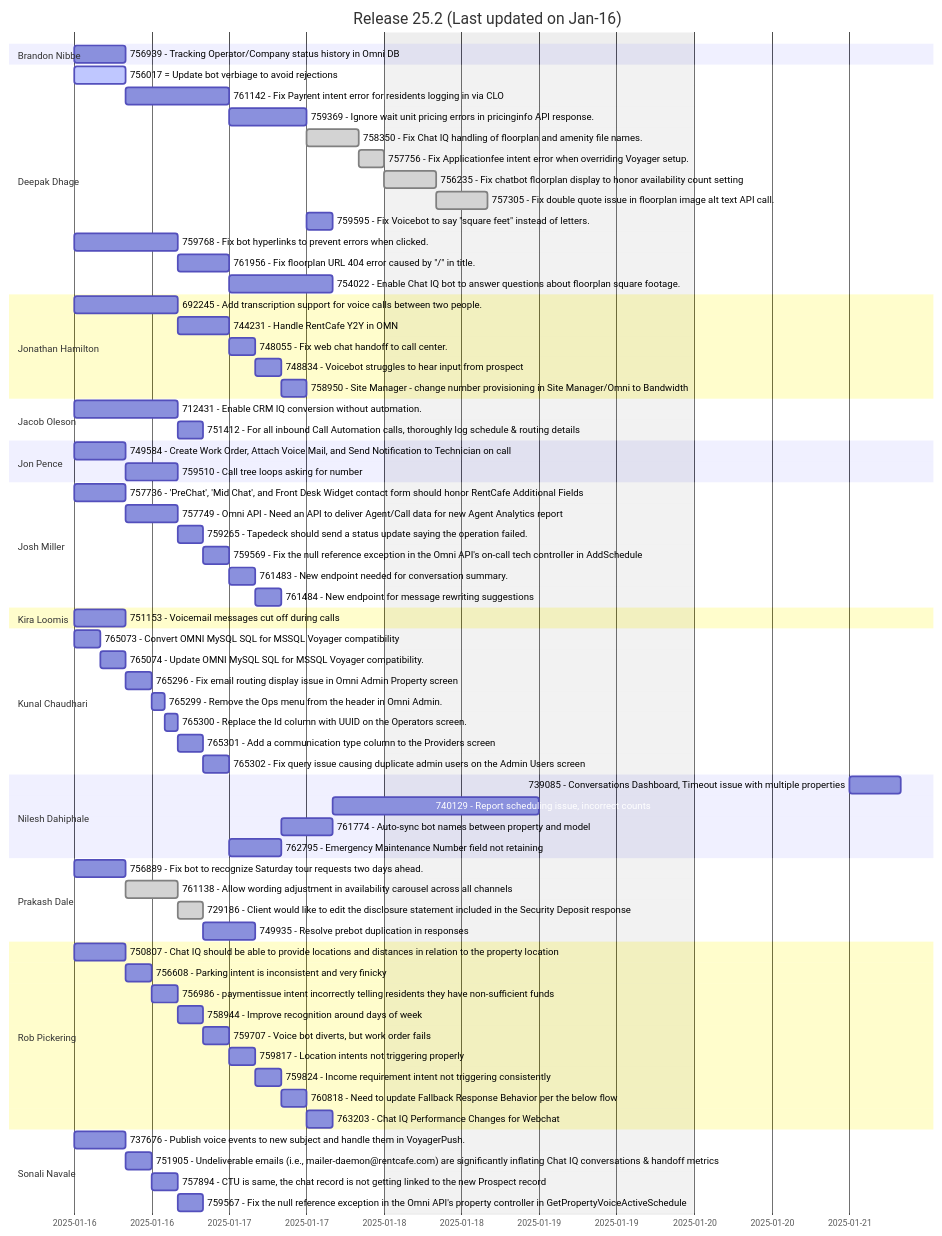
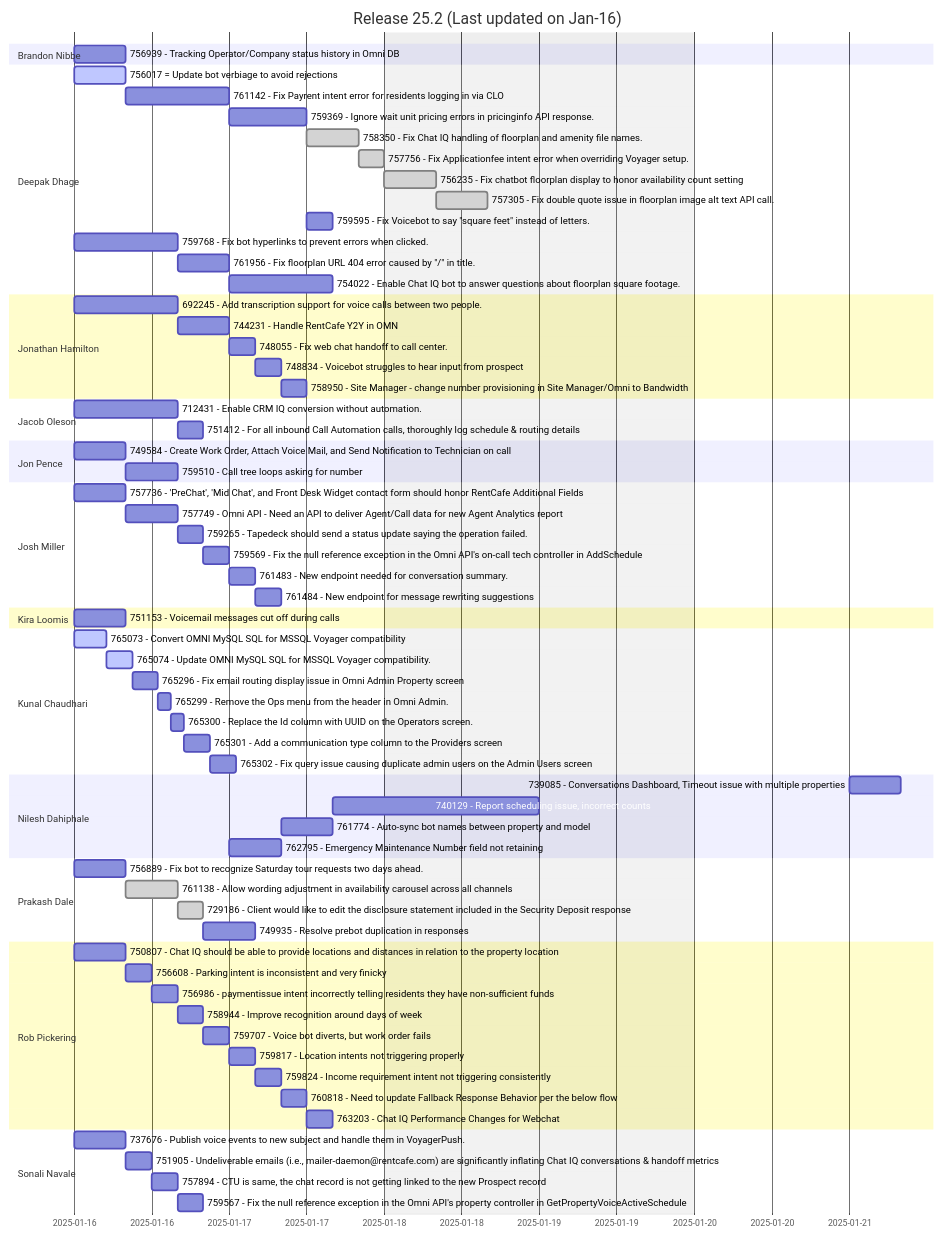
The diagram in README.md (prakash-dale/prakash-dale.github.io), drawn with Mermaid before and after one commit.

```diff
--- a/README.md
+++ b/README.md
@@ -52,8 +52,8 @@
         751153 - Voicemail messages cut off during calls : 751153, Jan-16, 8h
 
     section Kunal Chaudhari
-        765073 - Convert OMNI MySQL SQL for MSSQL Voyager compatibility         : 765073, Jan-16, 4h
-        765074 - Update OMNI MySQL SQL for MSSQL Voyager compatibility.         : 765074, after 765073, 4h
+        765073 - Convert OMNI MySQL SQL for MSSQL Voyager compatibility         : active, 765073, Jan-16, 5h
+        765074 - Update OMNI MySQL SQL for MSSQL Voyager compatibility.         : active, 765074, after 765073, 4h
         765296 - Fix email routing display issue in Omni Admin Property screen  : 765296, after 765074, 4h
         765299 - Remove the Ops menu from the header in Omni Admin.             : 765299, after 765296, 2h
         765300 - Replace the Id column with UUID on the Operators screen.       : 765300, after 765299, 2h
```
